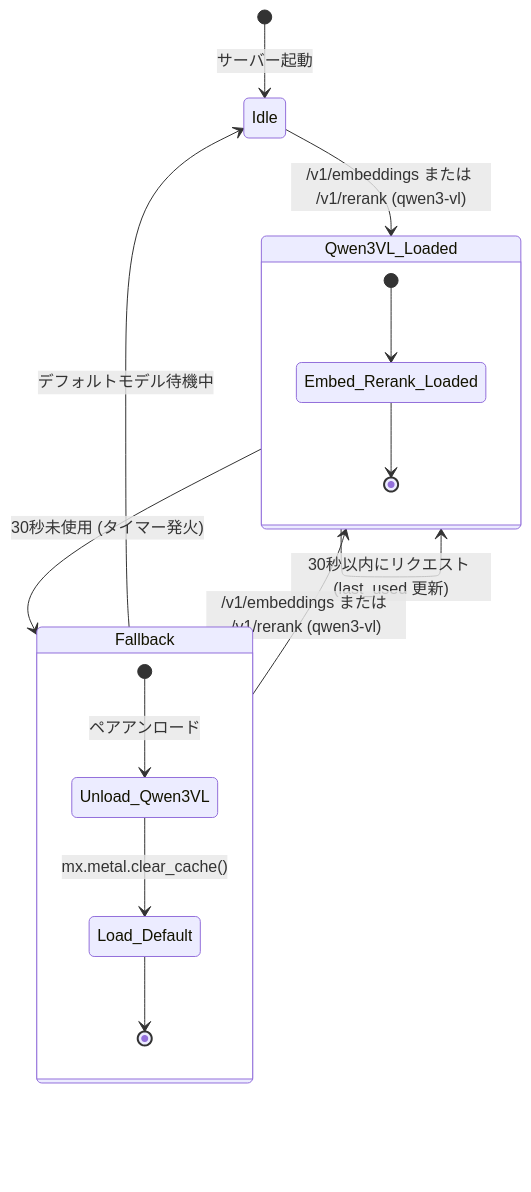
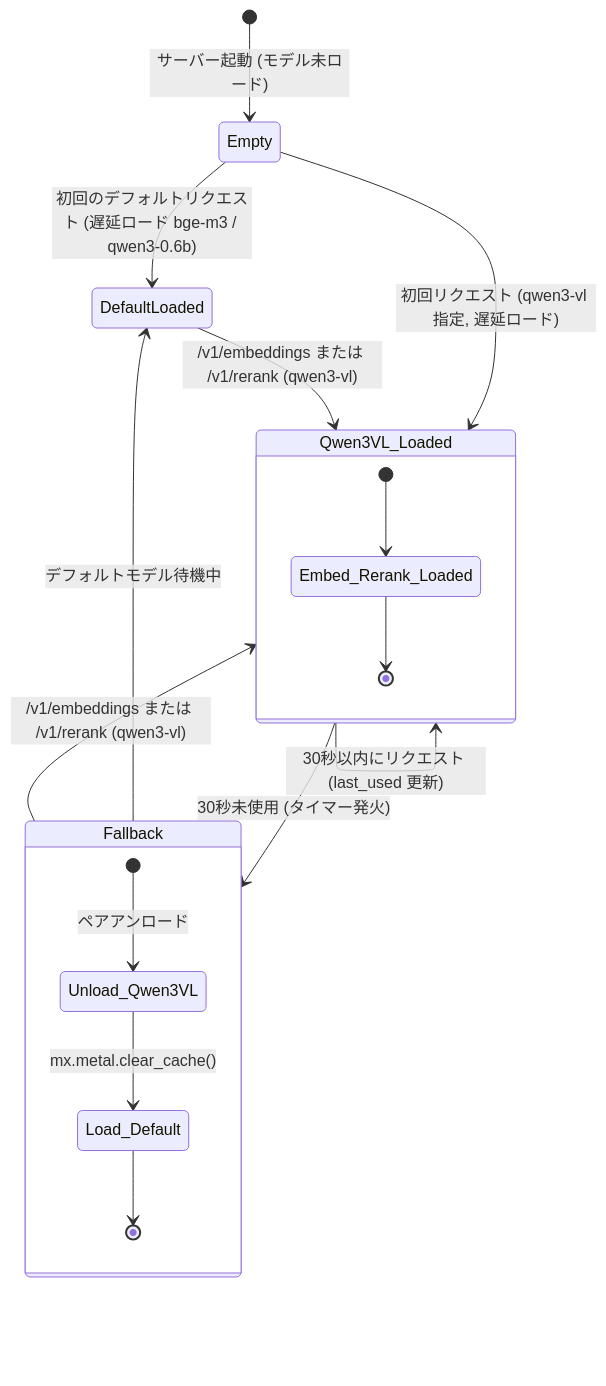
One commit to norizou/mlx-embed-rerank-server changed the first of 2 diagrams in README_JA.md. Above: the diagram before and after it, drawn with Mermaid. The commit also changed other lines of this file and 3 other files, not shown here.

````diff
--- a/README_JA.md
+++ b/README_JA.md
@@ -61,20 +63,22 @@
 ```mermaid
 stateDiagram-v2
-    [*] --> Idle : サーバー起動
-    Idle --> Qwen3VL_Loaded : /v1/embeddings または /v1/rerank (qwen3-vl)
+    [*] --> Empty : サーバー起動 (モデル未ロード)
+    Empty --> DefaultLoaded : 初回のデフォルトリクエスト (遅延ロード bge-m3 / qwen3-0.6b)
+    Empty --> Qwen3VL_Loaded : 初回リクエスト (qwen3-vl 指定, 遅延ロード)
+    DefaultLoaded --> Qwen3VL_Loaded : /v1/embeddings または /v1/rerank (qwen3-vl)
     Qwen3VL_Loaded --> Qwen3VL_Loaded : 30秒以内にリクエスト (last_used 更新)
     Qwen3VL_Loaded --> Fallback : 30秒未使用 (タイマー発火)
-    Fallback --> Idle : デフォルトモデル待機中
+    Fallback --> DefaultLoaded : デフォルトモデル待機中
     Fallback --> Qwen3VL_Loaded : /v1/embeddings または /v1/rerank (qwen3-vl)
 
     state Qwen3VL_Loaded {
         [*] --> Embed_Rerank_Loaded
         Embed_Rerank_Loaded --> [*]
     }
 
     state Fallback {
         [*] --> Unload_Qwen3VL : ペアアンロード
         Unload_Qwen3VL --> Load_Default : mx.metal.clear_cache()
         Load_Default --> [*]
     }
 ```
````
